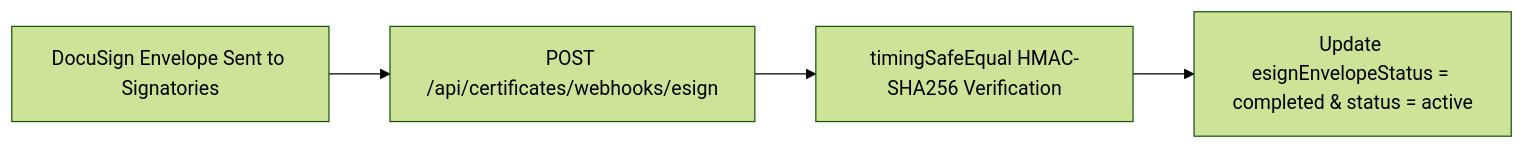
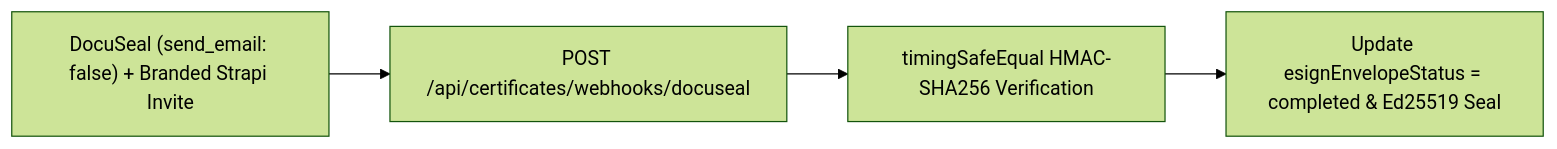
The sixth of 6 diagrams in apps/docs/src/content/docs/strapi-plugin-certificates/guide.md (Vicacha-Devs/strapi-v5-extensions), drawn with Mermaid (forest theme) before and after one commit. The commit also changed other lines of this file and 87 other files, not shown here.

First line of the commit message:
chore: add qa tooling, docuseal e-sign, strapi 5.63 bump and docs refresh (#51)

````diff
--- a/apps/docs/src/content/docs/strapi-plugin-certificates/guide.md
+++ b/apps/docs/src/content/docs/strapi-plugin-certificates/guide.md
@@ -241,6 +242,6 @@
 ```mermaid
 flowchart LR
-  Envelope["DocuSign Envelope Sent to Signatories"] --> Webhook["POST /api/certificates/webhooks/esign"]
+  Envelope["DocuSeal (send_email: false) + Branded Strapi Invite"] --> Webhook["POST /api/certificates/webhooks/docuseal"]
   Webhook --> Hmac["timingSafeEqual HMAC-SHA256 Verification"]
-  Hmac --> Activate["Update esignEnvelopeStatus = completed & status = active"]
+  Hmac --> Activate["Update esignEnvelopeStatus = completed & Ed25519 Seal"]
 ```
````
